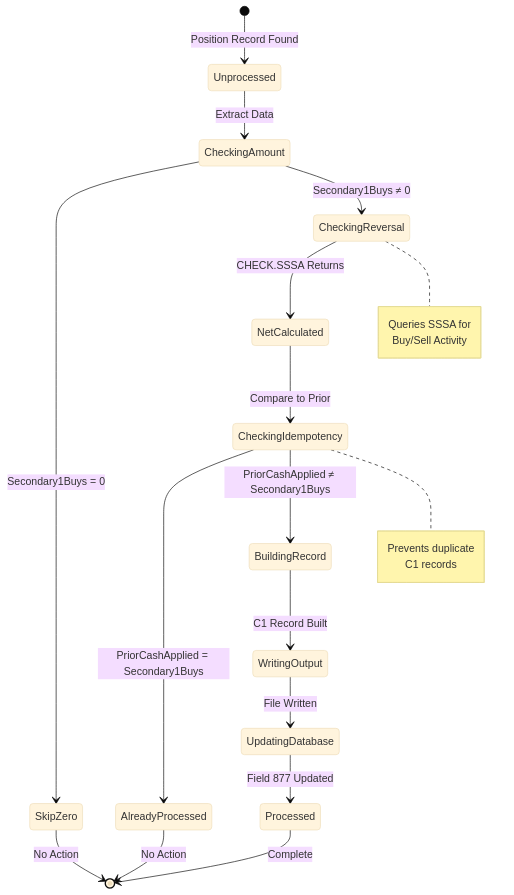
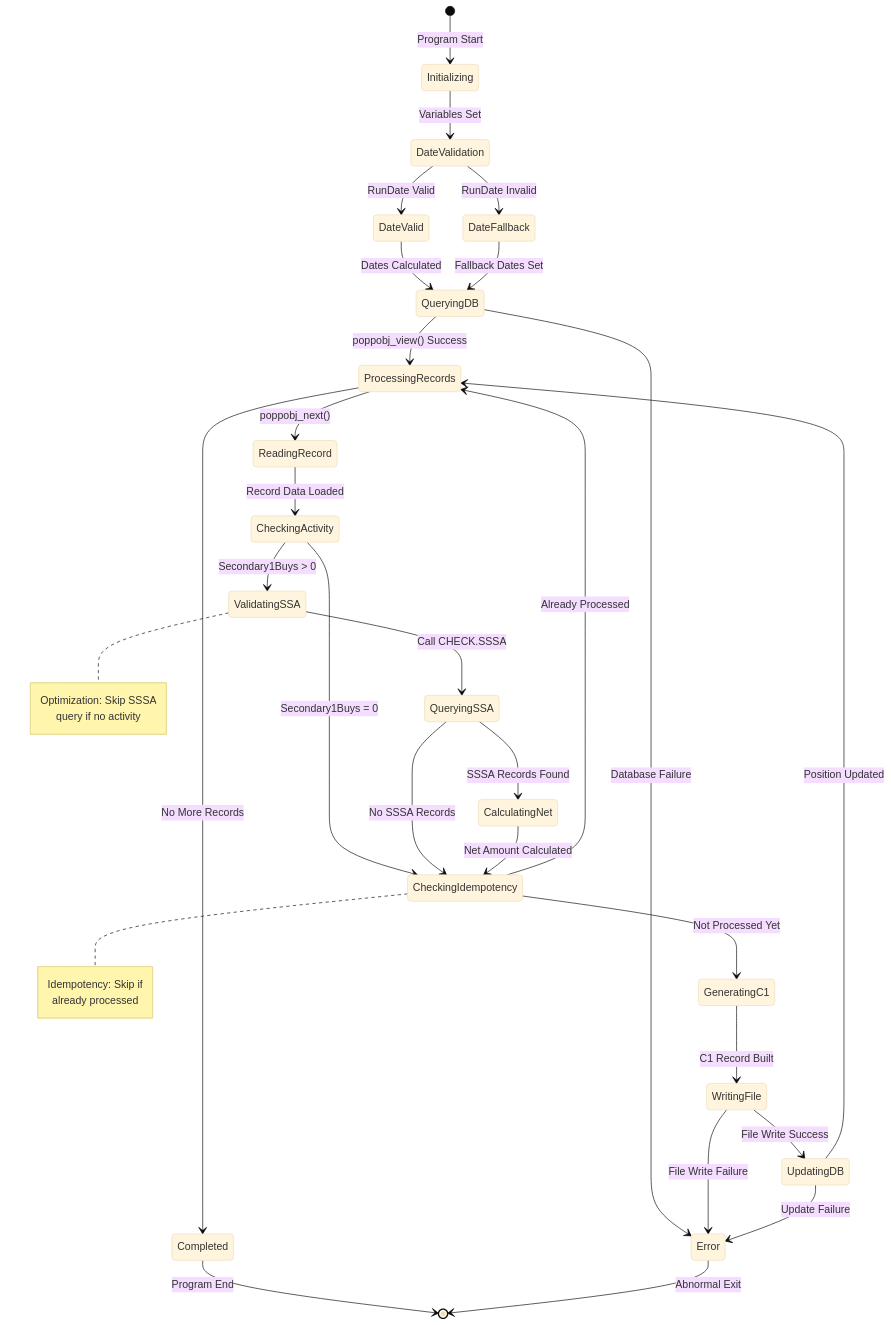
Before and after one commit to danismith-slalom1/bokf-poc: the first of 10 diagrams in omniscript-documentation/santized/GAP_NewLoanCash/GAP_NewLoanCash_DIAGRAMS.md, drawn with Mermaid (base theme). The commit also changed other lines of this file and 21 other files, not shown here.

````diff
--- a/omniscript-documentation/santized/GAP_NewLoanCash/GAP_NewLoanCash_DIAGRAMS.md
+++ b/omniscript-documentation/santized/GAP_NewLoanCash/GAP_NewLoanCash_DIAGRAMS.md
@@ -123,32 +24,50 @@
 ```mermaid
 stateDiagram-v2
-    [*] --> Unprocessed: Position Record Found
+    [*] --> Initializing: Program Start
     
-    Unprocessed --> CheckingAmount: Extract Data
-    CheckingAmount --> SkipZero: Secondary1Buys = 0
-    CheckingAmount --> CheckingReversal: Secondary1Buys ≠ 0
+    Initializing --> DateValidation: Variables Set
+    DateValidation --> DateValid: RunDate Valid
+    DateValidation --> DateFallback: RunDate Invalid
+    DateValid --> QueryingDB: Dates Calculated
+    DateFallback --> QueryingDB: Fallback Dates Set
     
-    CheckingReversal --> NetCalculated: CHECK.SSSA Returns
+    QueryingDB --> ProcessingRecords: poppobj_view() Success
+    QueryingDB --> Error: Database Failure
     
-    NetCalculated --> CheckingIdempotency: Compare to Prior
-    CheckingIdempotency --> AlreadyProcessed: PriorCashApplied = Secondary1Buys
-    CheckingIdempotency --> BuildingRecord: PriorCashApplied ≠ Secondary1Buys
+    ProcessingRecords --> ReadingRecord: poppobj_next()
+    ReadingRecord --> CheckingActivity: Record Data Loaded
     
-    BuildingRecord --> WritingOutput: C1 Record Built
-    WritingOutput --> UpdatingDatabase: File Written
-    UpdatingDatabase --> Processed: Field 877 Updated
+    CheckingActivity --> ValidatingSSA: Secondary1Buys > 0
+    CheckingActivity --> CheckingIdempotency: Secondary1Buys = 0
     
-    SkipZero --> [*]: No Action
-    AlreadyProcessed --> [*]: No Action
-    Processed --> [*]: Complete
+    ValidatingSSA --> QueryingSSA: Call CHECK.SSSA
+    QueryingSSA --> CalculatingNet: SSSA Records Found
+    QueryingSSA --> CheckingIdempotency: No SSSA Records
     
-    note right of CheckingReversal
-        Queries SSSA for
-        Buy/Sell Activity
+    CalculatingNet --> CheckingIdempotency: Net Amount Calculated
+    
+    CheckingIdempotency --> GeneratingC1: Not Processed Yet
+    CheckingIdempotency --> ProcessingRecords: Already Processed
+    
+    GeneratingC1 --> WritingFile: C1 Record Built
+    WritingFile --> UpdatingDB: File Write Success
+    WritingFile --> Error: File Write Failure
+    
+    UpdatingDB --> ProcessingRecords: Position Updated
+    UpdatingDB --> Error: Update Failure
+    
+    ProcessingRecords --> Completed: No More Records
+    
+    Completed --> [*]: Program End
+    Error --> [*]: Abnormal Exit
+    
+    note right of ValidatingSSA
+        Optimization: Skip SSSA
+        query if no activity
     end note
     
     note right of CheckingIdempotency
-        Prevents duplicate
-        C1 records
+        Idempotency: Skip if
+        already processed
     end note
 ```
````
